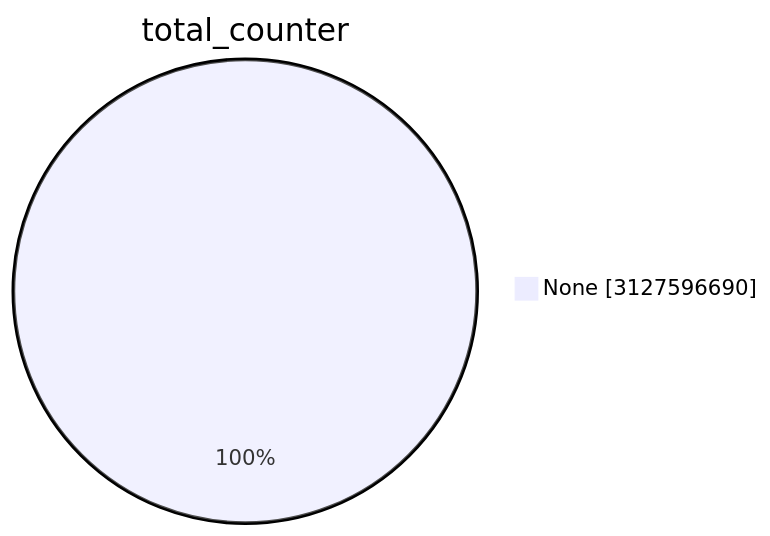
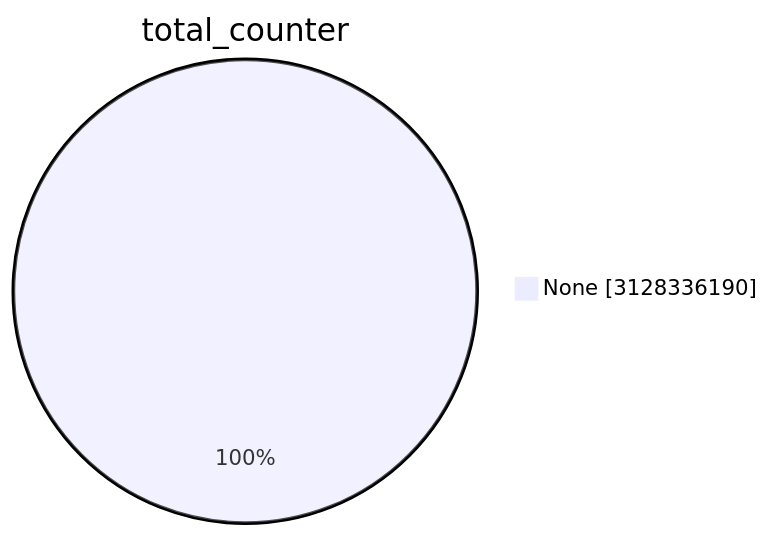
The first of 15 diagrams in TOTAL/README.md (christiankrug/ctmonitor_visualization), drawn with Mermaid before and after one commit. The commit also changed other lines of this file, not shown here.

````diff
--- a/TOTAL/README.md
+++ b/TOTAL/README.md
@@ -1,5 +1,5 @@
 ```mermaid
 pie showData
 title total_counter
-"None" :3127596690
+"None" :3128336190
 ```
````
